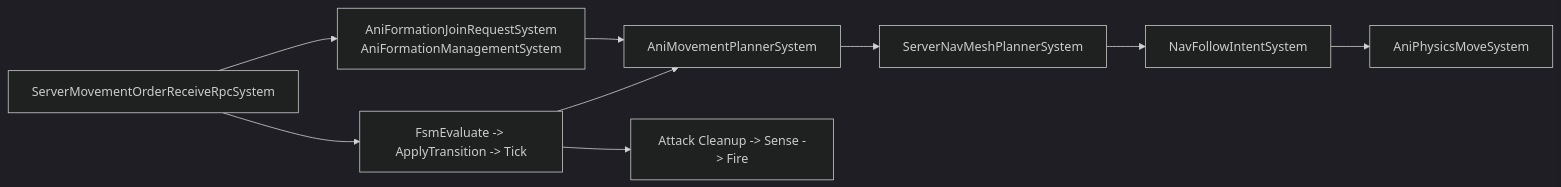
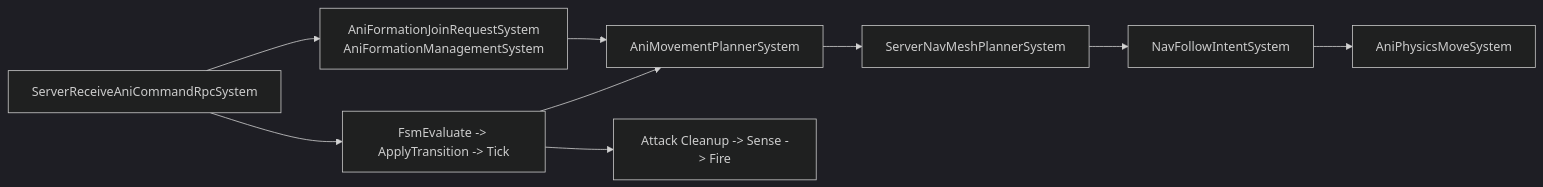
Before and after one commit to mcaswen/AnimarsCatcher: the third of 3 diagrams in docs/Architecture/02_ECSDataModel.md, drawn with Mermaid (dark theme). The commit also changed other lines of this file and 391 other files, not shown here.

````diff
--- a/docs/Architecture/02_ECSDataModel.md
+++ b/docs/Architecture/02_ECSDataModel.md
@@ -183,18 +183,18 @@
 ```mermaid
 flowchart LR
-    Rpc[ServerMovementOrderReceiveRpcSystem]
+    Rpc[ServerReceiveAniCommandRpcSystem]
     Formation[AniFormationJoinRequestSystem<br/>AniFormationManagementSystem]
     Fsm[FsmEvaluate -> ApplyTransition -> Tick]
     Planner[AniMovementPlannerSystem]
     Nav[ServerNavMeshPlannerSystem]
     Follow[NavFollowIntentSystem]
     Move[AniPhysicsMoveSystem]
     Combat[Attack Cleanup -> Sense -> Fire]
 
     Rpc --> Fsm
     Rpc --> Formation
     Fsm --> Planner
     Formation --> Planner
     Planner --> Nav --> Follow --> Move
     Fsm --> Combat
 ```
````
